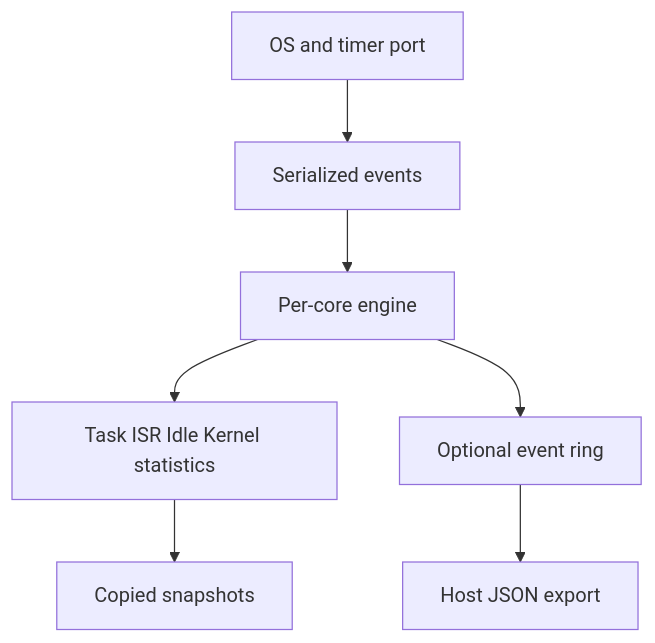
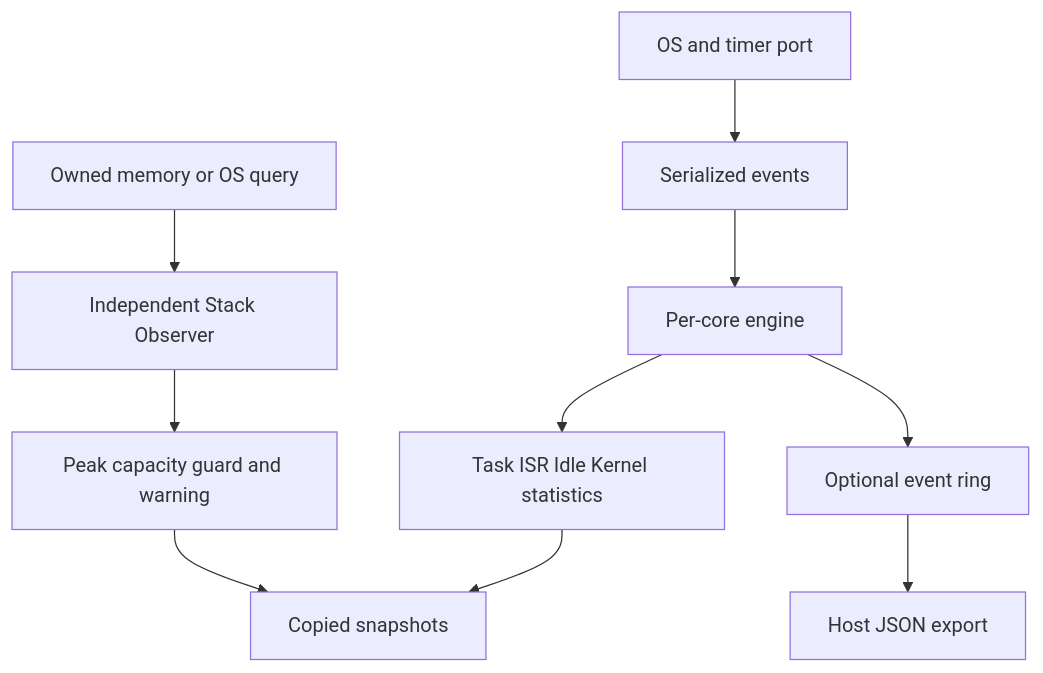
The diagram in embedded-runtime-observer/README.md (binkyle/autosar-module-lab), drawn with Mermaid before and after one commit. The commit also changed other lines of this file and 29 other files, not shown here.

First line of the commit message:
feat: add independent C99 Stack Observer with OS adapter, tests and CI

````diff
--- a/embedded-runtime-observer/README.md
+++ b/embedded-runtime-observer/README.md
@@ -11,9 +11,12 @@
 ```mermaid
 flowchart TD
   A[OS and timer port] --> B[Serialized events]
   B --> C[Per-core engine]
   C --> D[Task ISR Idle Kernel statistics]
   C --> E[Optional event ring]
   D --> F[Copied snapshots]
   E --> G[Host JSON export]
+  H[Owned memory or OS query] --> I[Independent Stack Observer]
+  I --> J[Peak capacity guard and warning]
+  J --> F
 ```
````
